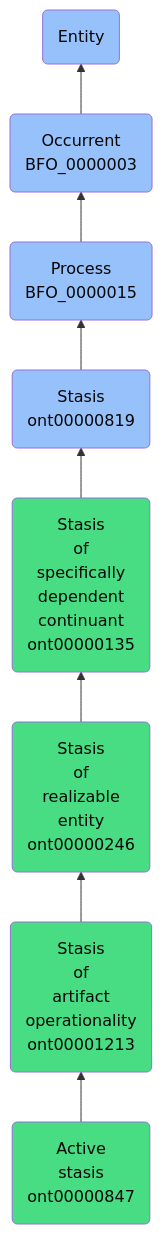
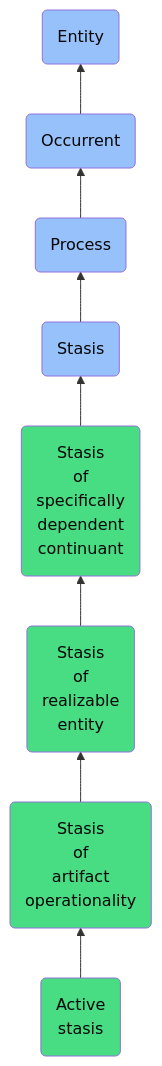
One commit to jupyter-naas/abi changed the diagram in docs/ontology/reference/model/Entity/Occurrent/Process/Stasis/Stasis of specifically dependent continuant/Stasis of realizable entity/Stasis of artifact operationality/Active stasis/Active stasis.md. Above: the diagram before and after it, drawn with Mermaid. The commit also changed other lines of this file and 1430 other files, not shown here.

````diff
--- a/docs/ontology/reference/model/Entity/Occurrent/Process/Stasis/Stasis of specifically dependent continuant/Stasis of realizable entity/Stasis of artifact operationality/Active stasis/Active stasis.md
+++ b/docs/ontology/reference/model/Entity/Occurrent/Process/Stasis/Stasis of specifically dependent continuant/Stasis of realizable entity/Stasis of artifact operationality/Active stasis/Active stasis.md
@@ -24,15 +24,15 @@
 ```mermaid
 graph BT
-    ont00000847(Active<br>stasis<br>ont00000847):::ABI-->ont00001213
-    ont00001213(Stasis<br>of<br>artifact<br>operationality<br>ont00001213):::ABI-->ont00000246
-    ont00000246(Stasis<br>of<br>realizable<br>entity<br>ont00000246):::ABI-->ont00000135
-    ont00000135(Stasis<br>of<br>specifically<br>dependent<br>continuant<br>ont00000135):::ABI-->ont00000819
-    ont00000819(Stasis<br>ont00000819):::BFO-->BFO_0000015
-    BFO_0000015(Process<br>BFO_0000015):::BFO-->BFO_0000003
-    BFO_0000003(Occurrent<br>BFO_0000003):::BFO-->BFO_0000001
+    ont00000847(Active<br>stasis):::ABI-->ont00001213
+    ont00001213(Stasis<br>of<br>artifact<br>operationality):::ABI-->ont00000246
+    ont00000246(Stasis<br>of<br>realizable<br>entity):::ABI-->ont00000135
+    ont00000135(Stasis<br>of<br>specifically<br>dependent<br>continuant):::ABI-->ont00000819
+    ont00000819(Stasis):::BFO-->BFO_0000015
+    BFO_0000015(Process):::BFO-->BFO_0000003
+    BFO_0000003(Occurrent):::BFO-->BFO_0000001
     BFO_0000001(Entity):::BFO
     
     classDef BFO fill:#97c1fb,color:#060606
     classDef CCO fill:#e4c51e,color:#060606
     classDef ABI fill:#48DD82,color:#060606
 ```
````
